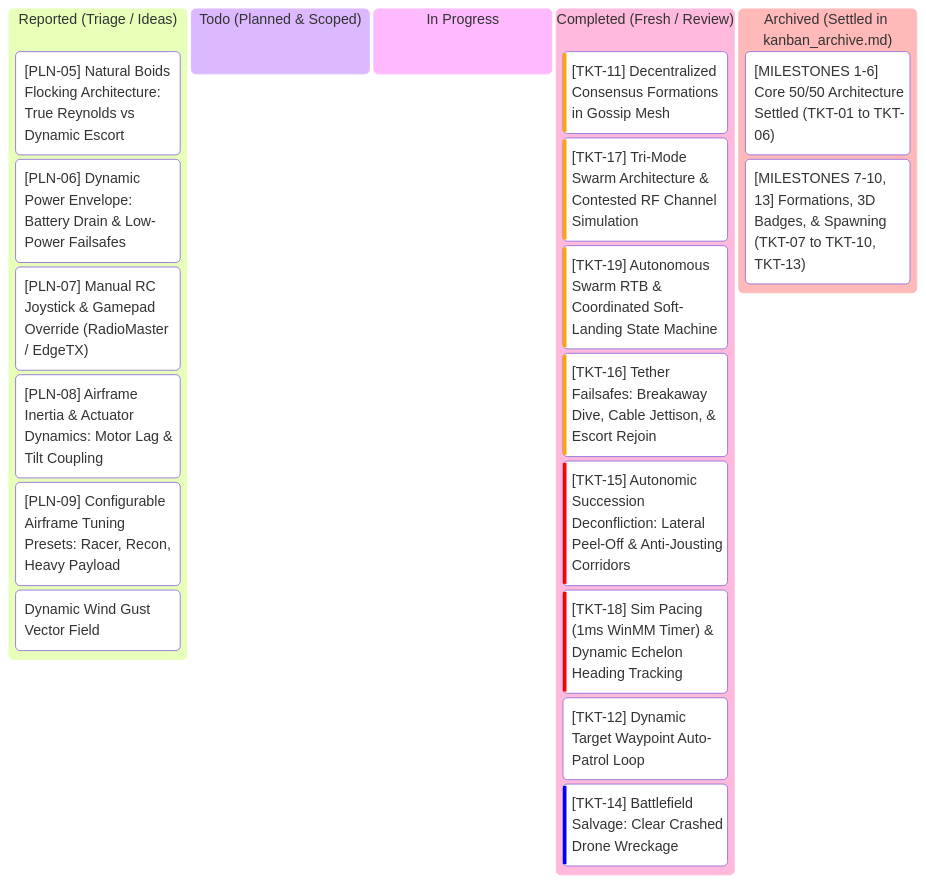
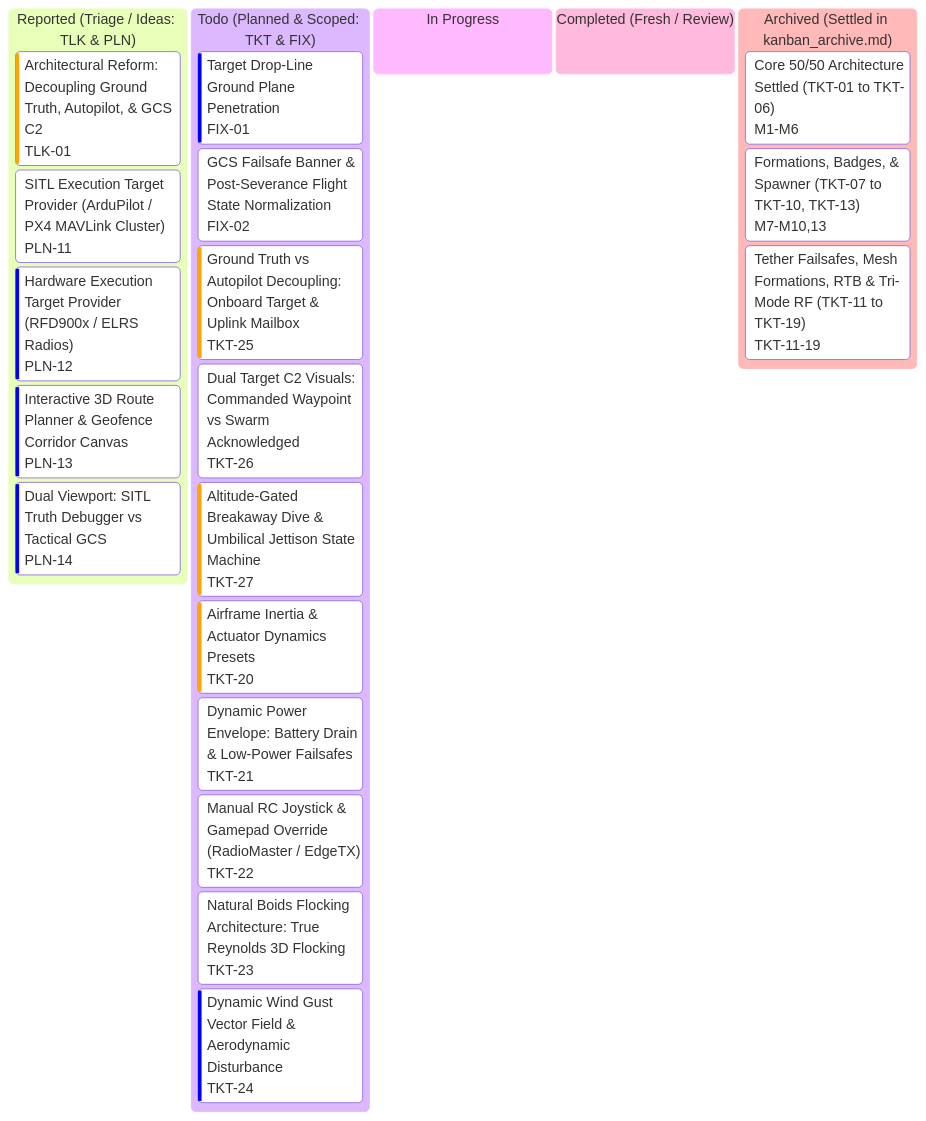
The diagram in kanban.md (AlitheiaDeus/SwarmTech_v3-Uprising), drawn with Mermaid before and after one commit. The commit also changed other lines of this file, not shown here.

Commit message:
docs: streamline kanban, formalize ticket prefixes, and absorb SwarmTech4 roadmap

````diff
--- a/kanban.md
+++ b/kanban.md
@@ -7,24 +7,26 @@
 ```mermaid
 kanban
-  reported["Reported (Triage / Ideas)"]
-    pln5["[PLN-05] Natural Boids Flocking Architecture: True Reynolds vs Dynamic Escort"]
-    pln6["[PLN-06] Dynamic Power Envelope: Battery Drain & Low-Power Failsafes"]
-    pln7["[PLN-07] Manual RC Joystick & Gamepad Override (RadioMaster / EdgeTX)"]
-    pln8["[PLN-08] Airframe Inertia & Actuator Dynamics: Motor Lag & Tilt Coupling"]
-    pln9["[PLN-09] Configurable Airframe Tuning Presets: Racer, Recon, Heavy Payload"]
-    idea1["Dynamic Wind Gust Vector Field"]
-  todo["Todo (Planned & Scoped)"]
+  reported["Reported (Triage / Ideas: TLK & PLN)"]
+    tlk01["Architectural Reform: Decoupling Ground Truth, Autopilot, & GCS C2"]@{ ticket: 'TLK-01', priority: 'High' }
+    pln11["SITL Execution Target Provider (ArduPilot / PX4 MAVLink Cluster)"]@{ ticket: 'PLN-11', priority: 'Medium' }
+    pln12["Hardware Execution Target Provider (RFD900x / ELRS Radios)"]@{ ticket: 'PLN-12', priority: 'Low' }
+    pln13["Interactive 3D Route Planner & Geofence Corridor Canvas"]@{ ticket: 'PLN-13', priority: 'Low' }
+    pln14["Dual Viewport: SITL Truth Debugger vs Tactical GCS"]@{ ticket: 'PLN-14', priority: 'Low' }
+  todo["Todo (Planned & Scoped: TKT & FIX)"]
+    fix01["Target Drop-Line Ground Plane Penetration"]@{ ticket: 'FIX-01', priority: 'Low' }
+    fix02["GCS Failsafe Banner & Post-Severance Flight State Normalization"]@{ ticket: 'FIX-02', priority: 'Medium' }
+    tkt25["Ground Truth vs Autopilot Decoupling: Onboard Target & Uplink Mailbox"]@{ ticket: 'TKT-25', priority: 'High' }
+    tkt26["Dual Target C2 Visuals: Commanded Waypoint vs Swarm Acknowledged"]@{ ticket: 'TKT-26', priority: 'Medium' }
+    tkt27["Altitude-Gated Breakaway Dive & Umbilical Jettison State Machine"]@{ ticket: 'TKT-27', priority: 'High' }
+    tkt20["Airframe Inertia & Actuator Dynamics Presets"]@{ ticket: 'TKT-20', priority: 'High' }
+    tkt21["Dynamic Power Envelope: Battery Drain & Low-Power Failsafes"]@{ ticket: 'TKT-21', priority: 'Medium' }
+    tkt22["Manual RC Joystick & Gamepad Override (RadioMaster / EdgeTX)"]@{ ticket: 'TKT-22', priority: 'Medium' }
+    tkt23["Natural Boids Flocking Architecture: True Reynolds 3D Flocking"]@{ ticket: 'TKT-23', priority: 'Medium' }
+    tkt24["Dynamic Wind Gust Vector Field & Aerodynamic Disturbance"]@{ ticket: 'TKT-24', priority: 'Low' }
   in_progress["In Progress"]
   completed["Completed (Fresh / Review)"]
-    tkt11["[TKT-11] Decentralized Consensus Formations in Gossip Mesh"]@{ priority: 'High' }
-    tkt17["[TKT-17] Tri-Mode Swarm Architecture & Contested RF Channel Simulation"]@{ priority: 'High' }
-    tkt19["[TKT-19] Autonomous Swarm RTB & Coordinated Soft-Landing State Machine"]@{ priority: 'High' }
-    tkt16["[TKT-16] Tether Failsafes: Breakaway Dive, Cable Jettison, & Escort Rejoin"]@{ priority: 'High' }
-    tkt15["[TKT-15] Autonomic Succession Deconfliction: Lateral Peel-Off & Anti-Jousting Corridors"]@{ priority: 'Very High' }
-    tkt18["[TKT-18] Sim Pacing (1ms WinMM Timer) & Dynamic Echelon Heading Tracking"]@{ priority: 'Very High' }
-    tkt12["[TKT-12] Dynamic Target Waypoint Auto-Patrol Loop"]@{ priority: 'Medium' }
-    tkt14["[TKT-14] Battlefield Salvage: Clear Crashed Drone Wreckage"]@{ priority: 'Low' }
   archived["Archived (Settled in kanban_archive.md)"]
-    arch_m1_6["[MILESTONES 1-6] Core 50/50 Architecture Settled (TKT-01 to TKT-06)"]
-    arch_m7_10_13["[MILESTONES 7-10, 13] Formations, 3D Badges, & Spawning (TKT-07 to TKT-10, TKT-13)"]
+    arch_m1_6["Core 50/50 Architecture Settled (TKT-01 to TKT-06)"]@{ ticket: 'M1-M6' }
+    arch_m7_10_13["Formations, Badges, & Spawner (TKT-07 to TKT-10, TKT-13)"]@{ ticket: 'M7-M10,13' }
+    arch_m11_19["Tether Failsafes, Mesh Formations, RTB & Tri-Mode RF (TKT-11 to TKT-19)"]@{ ticket: 'TKT-11-19' }
 ```
````
